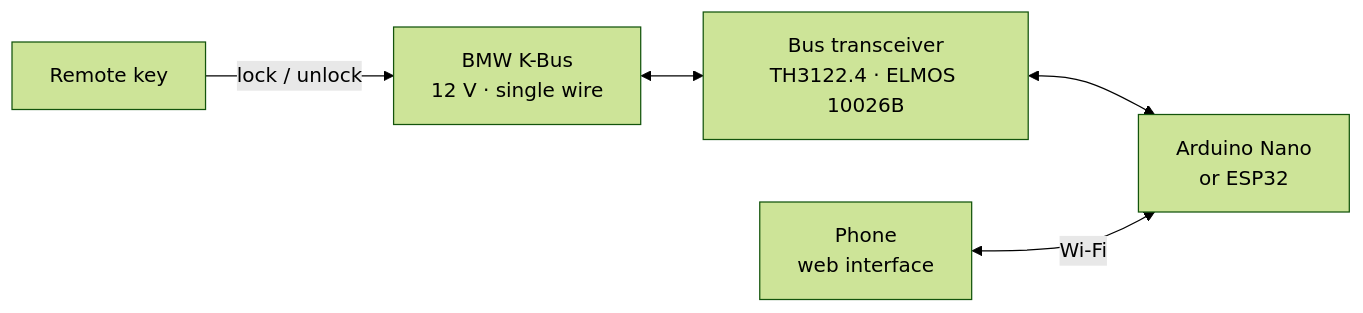
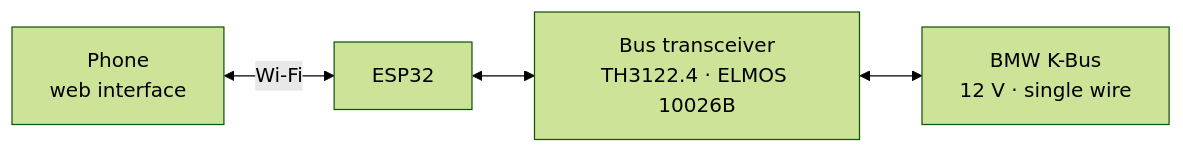
The diagram in README.md (muki01/BMW_IBus_KBus), drawn with Mermaid (forest theme) before and after one commit. The commit also changed other lines of this file and 4 other files, not shown here.

````diff
--- a/README.md
+++ b/README.md
@@ -46,7 +46,6 @@
 ```mermaid
 flowchart LR
-    KEY["Remote key"] -->|"lock / unlock"| CAR["BMW K-Bus<br/>12 V · single wire"]
-    CAR <--> TRX["Bus transceiver<br/>TH3122.4 · ELMOS 10026B"]
-    TRX <--> MCU["Arduino Nano<br/>or ESP32"]
-    PHONE["Phone<br/>web interface"] <-->|"Wi-Fi"| MCU
+    PHONE["Phone<br/>web interface"] <-->|"Wi-Fi"| MCU["ESP32"]
+    MCU <--> TRX["Bus transceiver<br/>TH3122.4 · ELMOS 10026B"]
+    TRX <--> CAR["BMW K-Bus<br/>12 V · single wire"]
 ```
````
